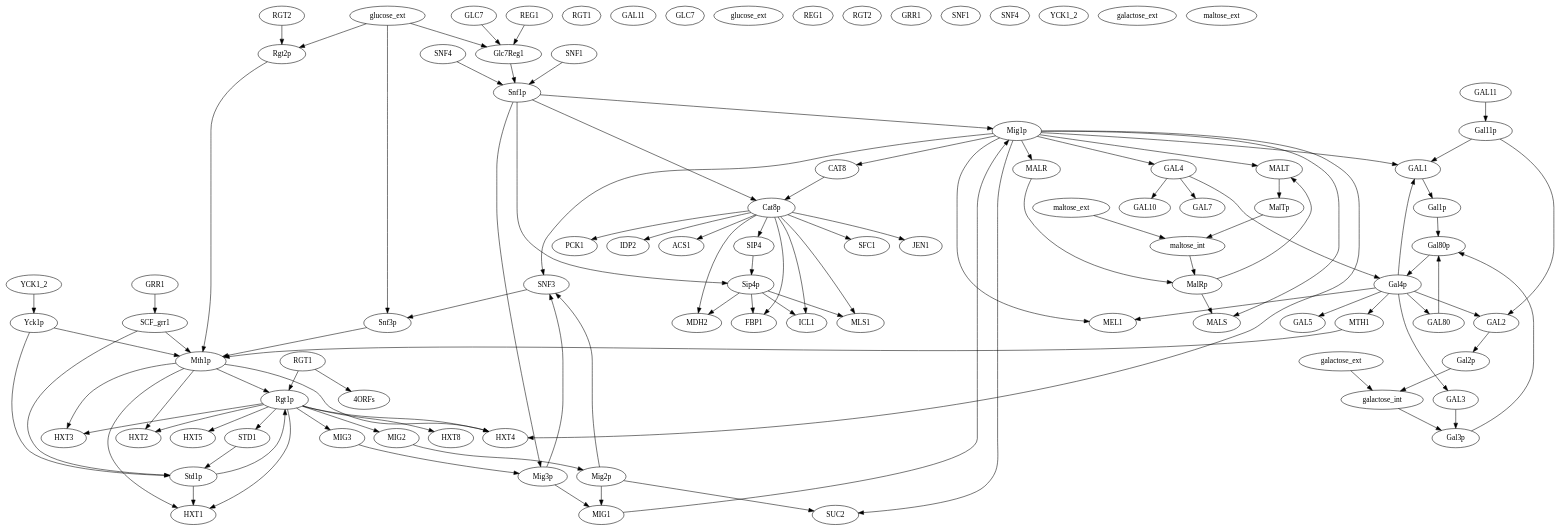
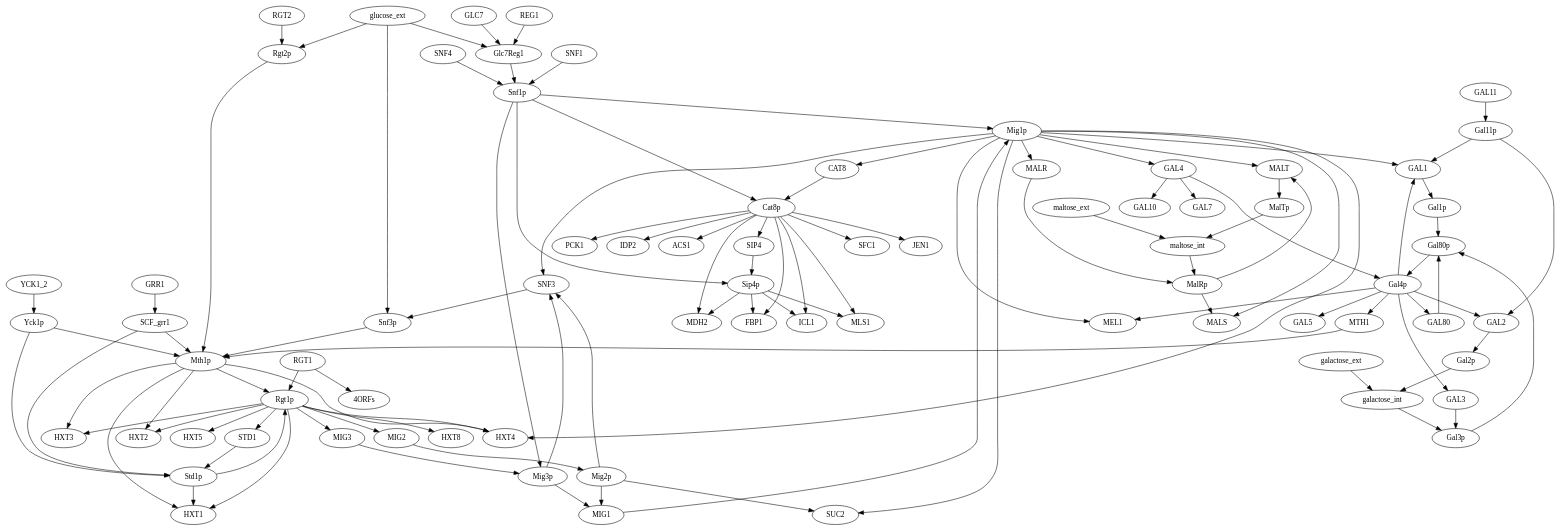
The diagram in benchmarks/grn_DOT/Glucose Repression Signaling 2009.dot (Olavo-B/mapping_grn), drawn with Graphviz before and after one commit. The commit also changed 62 other files, not shown here.

```diff
--- a/benchmarks/grn_DOT/Glucose Repression Signaling 2009.dot
+++ b/benchmarks/grn_DOT/Glucose Repression Signaling 2009.dot
@@ -1,193 +1,181 @@
 strict digraph  {
 " MDH2 " [equation="  ( Sip4p )  || ( Cat8p ) "];
 " Rgt2p " [equation="  ( RGT2 )  || ( glucose_ext ) "];
 " Glc7Reg1 " [equation="  ( GLC7 )  || ( glucose_ext )  || ( REG1 ) "];
 " GAL10 " [equation="  ( GAL4 ) "];
 " SNF3 " [equation="  ! (  ( Mig1p )  || ( Mig3p )  || ( Mig2p )  ) "];
 " MalTp " [equation="  ( MALT ) "];
 " Gal4p " [equation="  (  ( GAL4  ) && ! ( Gal80p  )  ) "];
 " Mig1p " [equation="  (  ( MIG1  ) && ! ( Snf1p  )  ) "];
 " MalRp " [equation="  ( maltose_int )  || ( MALR ) "];
 " FBP1 " [equation="  ( Cat8p )  || ( Sip4p ) "];
 " MIG3 " [equation="  ! (  ( Rgt1p )  ) "];
 " Gal11p " [equation="  ( GAL11 ) "];
 " Std1p " [equation="  (  (  ( STD1  ) && ! ( SCF_grr1  )  ) && ! ( Yck1p  )  ) "];
 " HXT3 " [equation="  ! (  ( Rgt1p )  || ( Mth1p )  ) "];
 " HXT4 " [equation="  ( Mig1p && (  (  ( Rgt1p || Mth1p )  )  ) ) "];
 " SIP4 " [equation="  ( Cat8p ) "];
 " HXT1 " [equation="  ! (  ( Std1p )  || ( Rgt1p )  || ( Mth1p )  ) "];
 " SFC1 " [equation="  ( Cat8p ) "];
 " Cat8p " [equation="  ( Snf1p )  || ( CAT8 ) "];
 " Mig3p " [equation="  (  ( MIG3  ) && ! ( Snf1p  )  ) "];
 " MALS " [equation="  (  ( MalRp  ) && ! ( Mig1p  )  ) "];
 " MALT " [equation="  (  ( MalRp  ) && ! ( Mig1p  )  ) "];
 " HXT8 " [equation="  ! (  ( Rgt1p )  ) "];
 " Gal3p " [equation="  ( GAL3 )  || ( galactose_int ) "];
 " MIG1 " [equation="  ! (  ( Mig3p )  || ( Mig2p )  ) "];
 " GAL80 " [equation="  ( Gal4p ) "];
 " Mig2p " [equation="  ( MIG2 ) "];
 " maltose_int " [equation="  ( MalTp )  || ( maltose_ext ) "];
 " Snf3p " [equation="  ( SNF3 )  || ( glucose_ext ) "];
 " GAL1 " [equation="  (  ( Gal4p  ) && ! ( Mig1p  )  )  || ( Gal11p ) "];
 " JEN1 " [equation="  ( Cat8p ) "];
 " MTH1 " [equation="  ( Gal4p ) "];
 " SCF_grr1 " [equation="  ( GRR1 ) "];
 " MALR " [equation="  ! (  ( Mig1p )  ) "];
 " Gal1p " [equation="  ( GAL1 ) "];
 " GAL7 " [equation="  ( GAL4 ) "];
 " Snf1p " [equation="  (  ( SNF1  ) && ! ( Glc7Reg1  )  )  || (  ( SNF4  ) && ! ( Glc7Reg1  )  ) "];
 " MEL1 " [equation="  (  ( Gal4p  ) && ! ( Mig1p  )  ) "];
 " Mth1p " [equation="  (  (  (  ( MTH1  ) && ! ( Snf3p && (  (  ( Rgt2p )  )  )  )  ) && ! ( Yck1p  )  ) && ! ( SCF_grr1  )  ) "];
 " Sip4p " [equation="  ( SIP4 )  || ( Snf1p ) "];
 " PCK1 " [equation="  ( Cat8p ) "];
 " IDP2 " [equation="  ( Cat8p ) "];
 " Rgt1p " [equation="  ( RGT1 && (  (  ( Mth1p || Std1p )  )  ) ) "];
 " GAL5 " [equation="  ( Gal4p ) "];
 " SUC2 " [equation="  ! (  ( Mig1p )  || ( Mig2p )  ) "];
 " HXT2 " [equation="  ! (  ( Rgt1p )  || ( Mth1p )  ) "];
 " Gal80p " [equation="  (  (  ( GAL80  ) && ! ( Gal1p  )  ) && ! ( Gal3p  )  ) "];
 " galactose_int " [equation="  ( Gal2p )  || ( galactose_ext ) "];
 " ACS1 " [equation="  ( Cat8p ) "];
 " GAL3 " [equation="  ( Gal4p ) "];
 " HXT5 " [equation="  ! (  ( Rgt1p )  ) "];
 " ICL1 " [equation="  ( Sip4p )  || ( Cat8p ) "];
 " CAT8 " [equation="  ! (  ( Mig1p )  ) "];
 " GAL4 " [equation="  ! (  ( Mig1p )  ) "];
 " Yck1p " [equation="  ( YCK1_2 ) "];
 " Gal2p " [equation="  ( GAL2 ) "];
 " MIG2 " [equation="  ! (  ( Rgt1p )  ) "];
 " 4ORFs " [equation="  ! (  ( RGT1 )  ) "];
 " STD1 " [equation="  ! (  ( Rgt1p )  ) "];
 " GAL2 " [equation="  ( Gal11p )  || ( Gal4p ) "];
 " MLS1 " [equation="  ( Sip4p )  || ( Cat8p ) "];
-RGT1;
-GAL11;
-GLC7;
-glucose_ext;
-REG1;
-RGT2;
-GRR1;
-SNF1;
-SNF4;
-YCK1_2;
-galactose_ext;
-maltose_ext;
 " RGT2 ";
 " glucose_ext ";
 " GLC7 ";
 " REG1 ";
 " GAL11 ";
 " maltose_ext ";
 " GRR1 ";
 " SNF1 ";
 " SNF4 ";
 " RGT1 ";
 " galactose_ext ";
 " YCK1_2 ";
 " Rgt2p " -> " Mth1p ";
 " Glc7Reg1 " -> " Snf1p ";
 " SNF3 " -> " Snf3p ";
 " MalTp " -> " maltose_int ";
 " Gal4p " -> " GAL80 ";
 " Gal4p " -> " GAL1 ";
 " Gal4p " -> " MTH1 ";
 " Gal4p " -> " MEL1 ";
 " Gal4p " -> " GAL5 ";
 " Gal4p " -> " GAL3 ";
 " Gal4p " -> " GAL2 ";
 " Mig1p " -> " SNF3 ";
 " Mig1p " -> " HXT4 ";
 " Mig1p " -> " MALS ";
 " Mig1p " -> " MALT ";
 " Mig1p " -> " GAL1 ";
 " Mig1p " -> " MALR ";
 " Mig1p " -> " MEL1 ";
 " Mig1p " -> " SUC2 ";
 " Mig1p " -> " CAT8 ";
 " Mig1p " -> " GAL4 ";
 " MalRp " -> " MALS ";
 " MalRp " -> " MALT ";
 " MIG3 " -> " Mig3p ";
 " Gal11p " -> " GAL1 ";
 " Gal11p " -> " GAL2 ";
 " Std1p " -> " HXT1 ";
 " Std1p " -> " Rgt1p ";
 " SIP4 " -> " Sip4p ";
 " Cat8p " -> " MDH2 ";
 " Cat8p " -> " FBP1 ";
 " Cat8p " -> " SIP4 ";
 " Cat8p " -> " SFC1 ";
 " Cat8p " -> " JEN1 ";
 " Cat8p " -> " PCK1 ";
 " Cat8p " -> " IDP2 ";
 " Cat8p " -> " ACS1 ";
 " Cat8p " -> " ICL1 ";
 " Cat8p " -> " MLS1 ";
 " Mig3p " -> " SNF3 ";
 " Mig3p " -> " MIG1 ";
 " MALT " -> " MalTp ";
 " Gal3p " -> " Gal80p ";
 " MIG1 " -> " Mig1p ";
 " GAL80 " -> " Gal80p ";
 " Mig2p " -> " SNF3 ";
 " Mig2p " -> " MIG1 ";
 " Mig2p " -> " SUC2 ";
 " maltose_int " -> " MalRp ";
 " Snf3p " -> " Mth1p ";
 " GAL1 " -> " Gal1p ";
 " MTH1 " -> " Mth1p ";
 " SCF_grr1 " -> " Std1p ";
 " SCF_grr1 " -> " Mth1p ";
 " MALR " -> " MalRp ";
 " Gal1p " -> " Gal80p ";
 " Snf1p " -> " Mig1p ";
 " Snf1p " -> " Cat8p ";
 " Snf1p " -> " Mig3p ";
 " Snf1p " -> " Sip4p ";
 " Mth1p " -> " HXT3 ";
 " Mth1p " -> " HXT4 ";
 " Mth1p " -> " HXT1 ";
 " Mth1p " -> " Rgt1p ";
 " Mth1p " -> " HXT2 ";
 " Sip4p " -> " MDH2 ";
 " Sip4p " -> " FBP1 ";
 " Sip4p " -> " ICL1 ";
 " Sip4p " -> " MLS1 ";
 " Rgt1p " -> " MIG3 ";
 " Rgt1p " -> " HXT3 ";
 " Rgt1p " -> " HXT4 ";
 " Rgt1p " -> " HXT1 ";
 " Rgt1p " -> " HXT8 ";
 " Rgt1p " -> " HXT2 ";
 " Rgt1p " -> " HXT5 ";
 " Rgt1p " -> " MIG2 ";
 " Rgt1p " -> " STD1 ";
 " Gal80p " -> " Gal4p ";
 " galactose_int " -> " Gal3p ";
 " GAL3 " -> " Gal3p ";
 " CAT8 " -> " Cat8p ";
 " GAL4 " -> " GAL10 ";
 " GAL4 " -> " Gal4p ";
 " GAL4 " -> " GAL7 ";
 " Yck1p " -> " Std1p ";
 " Yck1p " -> " Mth1p ";
 " Gal2p " -> " galactose_int ";
 " MIG2 " -> " Mig2p ";
 " STD1 " -> " Std1p ";
 " GAL2 " -> " Gal2p ";
 " RGT2 " -> " Rgt2p ";
 " glucose_ext " -> " Rgt2p ";
 " glucose_ext " -> " Glc7Reg1 ";
 " glucose_ext " -> " Snf3p ";
 " GLC7 " -> " Glc7Reg1 ";
 " REG1 " -> " Glc7Reg1 ";
 " GAL11 " -> " Gal11p ";
 " maltose_ext " -> " maltose_int ";
 " GRR1 " -> " SCF_grr1 ";
 " SNF1 " -> " Snf1p ";
 " SNF4 " -> " Snf1p ";
 " RGT1 " -> " Rgt1p ";
 " RGT1 " -> " 4ORFs ";
 " galactose_ext " -> " galactose_int ";
 " YCK1_2 " -> " Yck1p ";
 }
```
